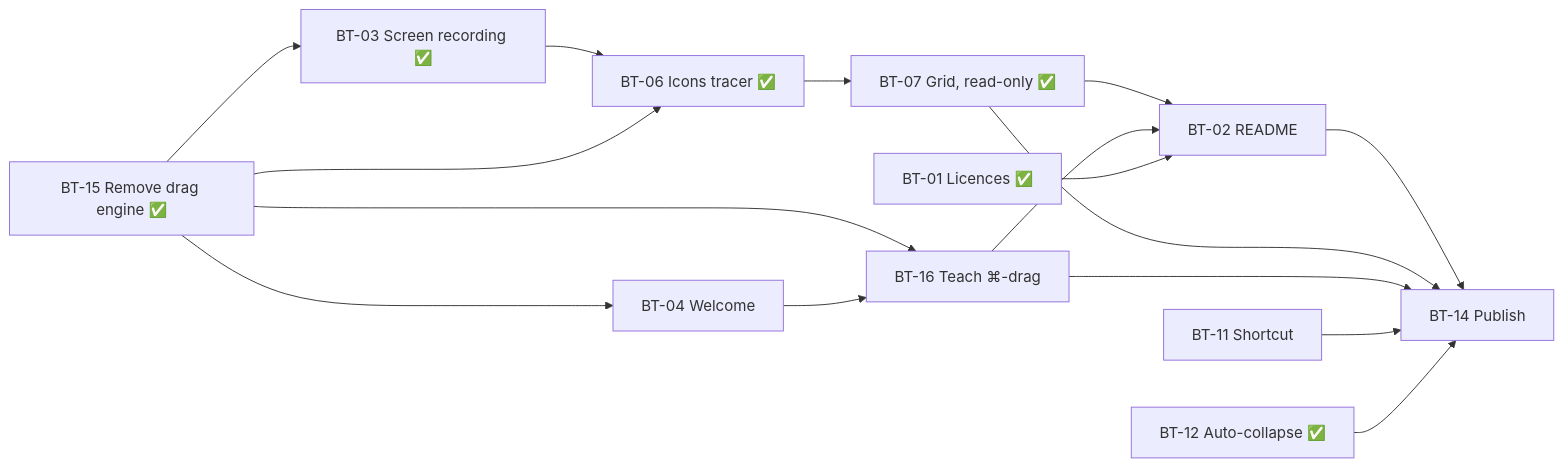
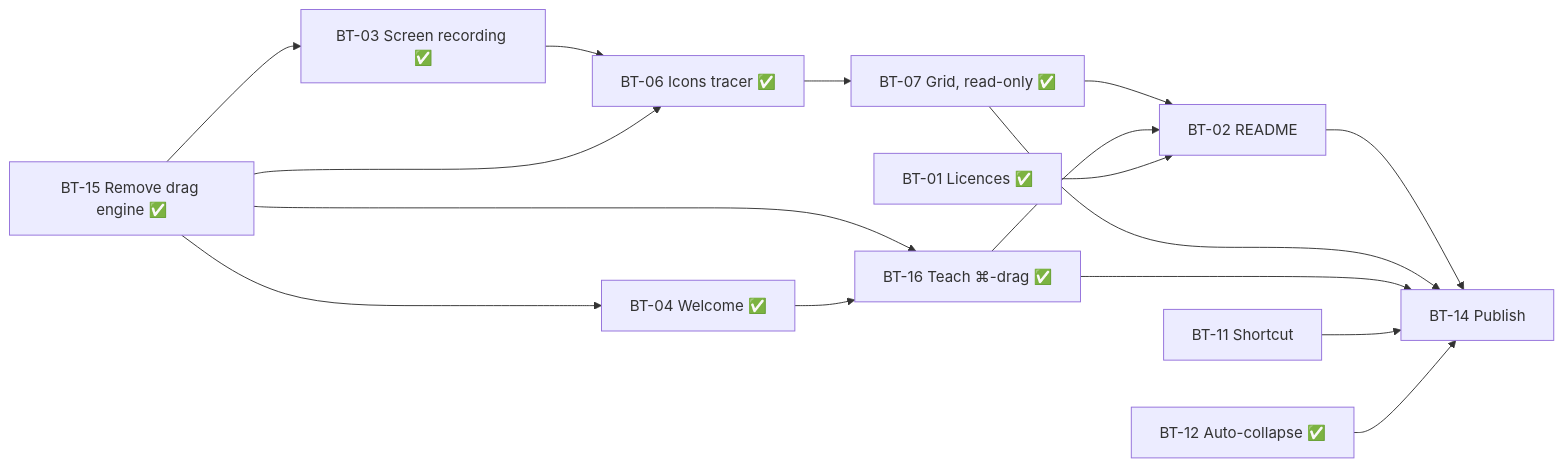
One commit to Kodak2383/BarT changed the diagram in docs/BOARD.md. Above: the diagram before and after it, drawn with Mermaid. The commit also changed other lines of this file and 6 other files, not shown here.

First line of the commit message:
BT-04 + BT-16: the welcome window, and the gesture it has to teach

````diff
--- a/docs/BOARD.md
+++ b/docs/BOARD.md
@@ -50,19 +50,19 @@
 ```mermaid
 graph LR
   BT15[BT-15 Remove drag engine ✅] --> BT03[BT-03 Screen recording ✅]
-  BT15 --> BT04[BT-04 Welcome]
-  BT15 --> BT16[BT-16 Teach ⌘-drag]
+  BT15 --> BT04[BT-04 Welcome ✅]
+  BT15 --> BT16[BT-16 Teach ⌘-drag ✅]
   BT04 --> BT16
   BT03 --> BT06[BT-06 Icons tracer ✅]
   BT15 --> BT06
   BT06 --> BT07[BT-07 Grid, read-only ✅]
   BT07 --> BT02[BT-02 README]
   BT16 --> BT02
   BT11[BT-11 Shortcut]
   BT01[BT-01 Licences ✅] --> BT02
   BT02 --> BT14[BT-14 Publish]
   BT07 --> BT14
   BT16 --> BT14
   BT11 --> BT14
   BT12[BT-12 Auto-collapse ✅] --> BT14
 ```
````
